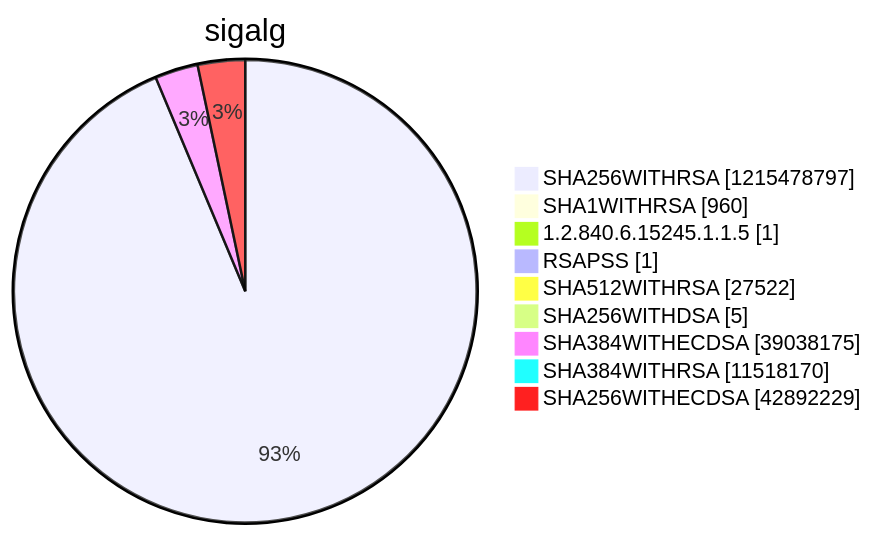
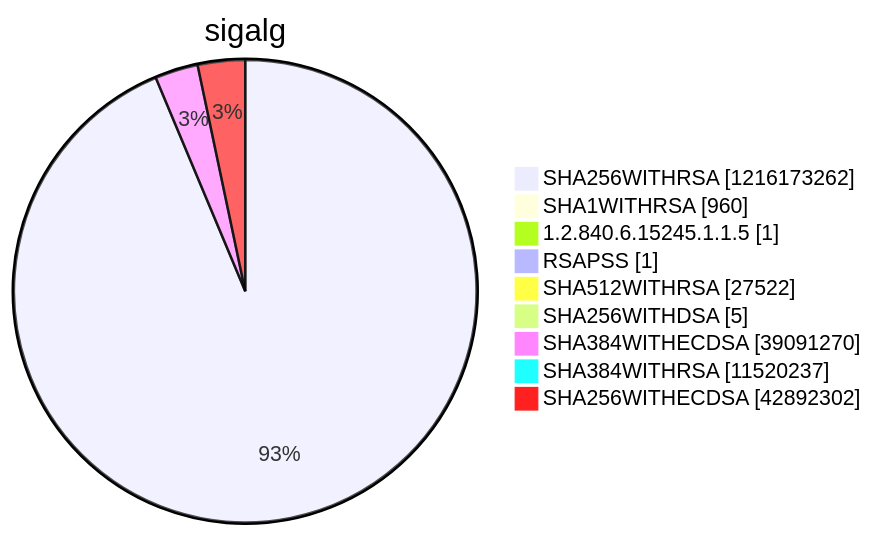
Before and after one commit to christiankrug/ctmonitor_visualization: diagram 15 of 15 in argon2022/README.md, drawn with Mermaid. The commit also changed other lines of this file, not shown here.

````diff
--- a/argon2022/README.md
+++ b/argon2022/README.md
@@ -5521,13 +5521,13 @@
 ```mermaid
 pie showData
 title sigalg
-"SHA256WITHRSA" :1215478797
+"SHA256WITHRSA" :1216173262
 "SHA1WITHRSA" :960
 "1.2.840.6.15245.1.1.5" :1
 "RSAPSS" :1
 "SHA512WITHRSA" :27522
 "SHA256WITHDSA" :5
-"SHA384WITHECDSA" :39038175
-"SHA384WITHRSA" :11518170
-"SHA256WITHECDSA" :42892229
+"SHA384WITHECDSA" :39091270
+"SHA384WITHRSA" :11520237
+"SHA256WITHECDSA" :42892302
 ```
````
